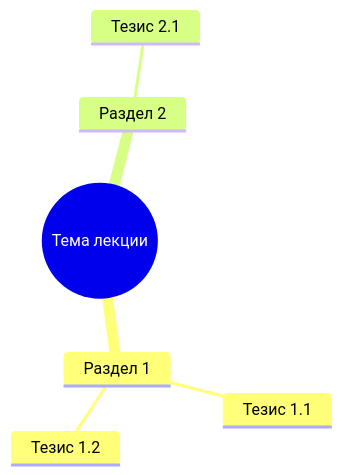
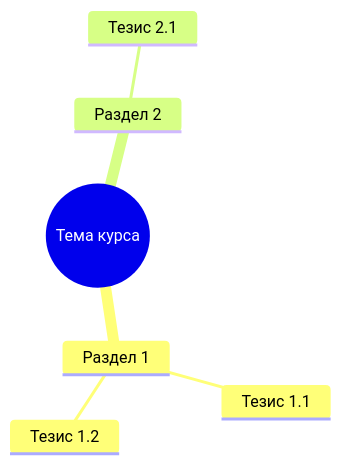
The first of 3 diagrams in .gemini/skills/conspector-merge/SKILL.md (mrMoses2000/abi_conspector), drawn with Mermaid before and after one commit. The commit also changed other lines of this file and 8 other files, not shown here.

````diff
--- a/.gemini/skills/conspector-merge/SKILL.md
+++ b/.gemini/skills/conspector-merge/SKILL.md
@@ -27,9 +43,9 @@
 ```mermaid
 mindmap
-    root((Тема лекции))
+    root((Тема курса))
         Раздел 1
             Тезис 1.1
             Тезис 1.2
         Раздел 2
             Тезис 2.1
 ```
````
